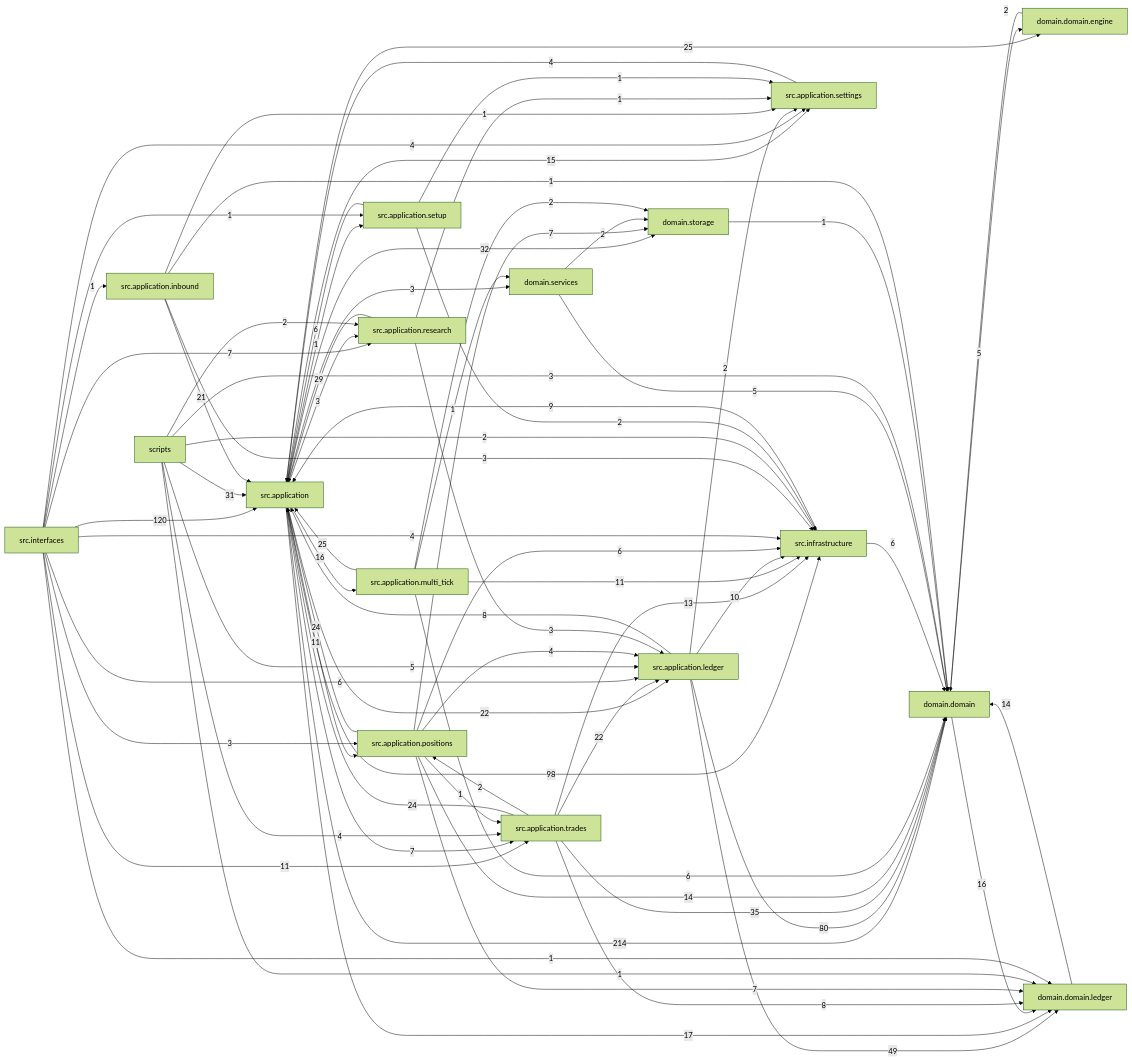
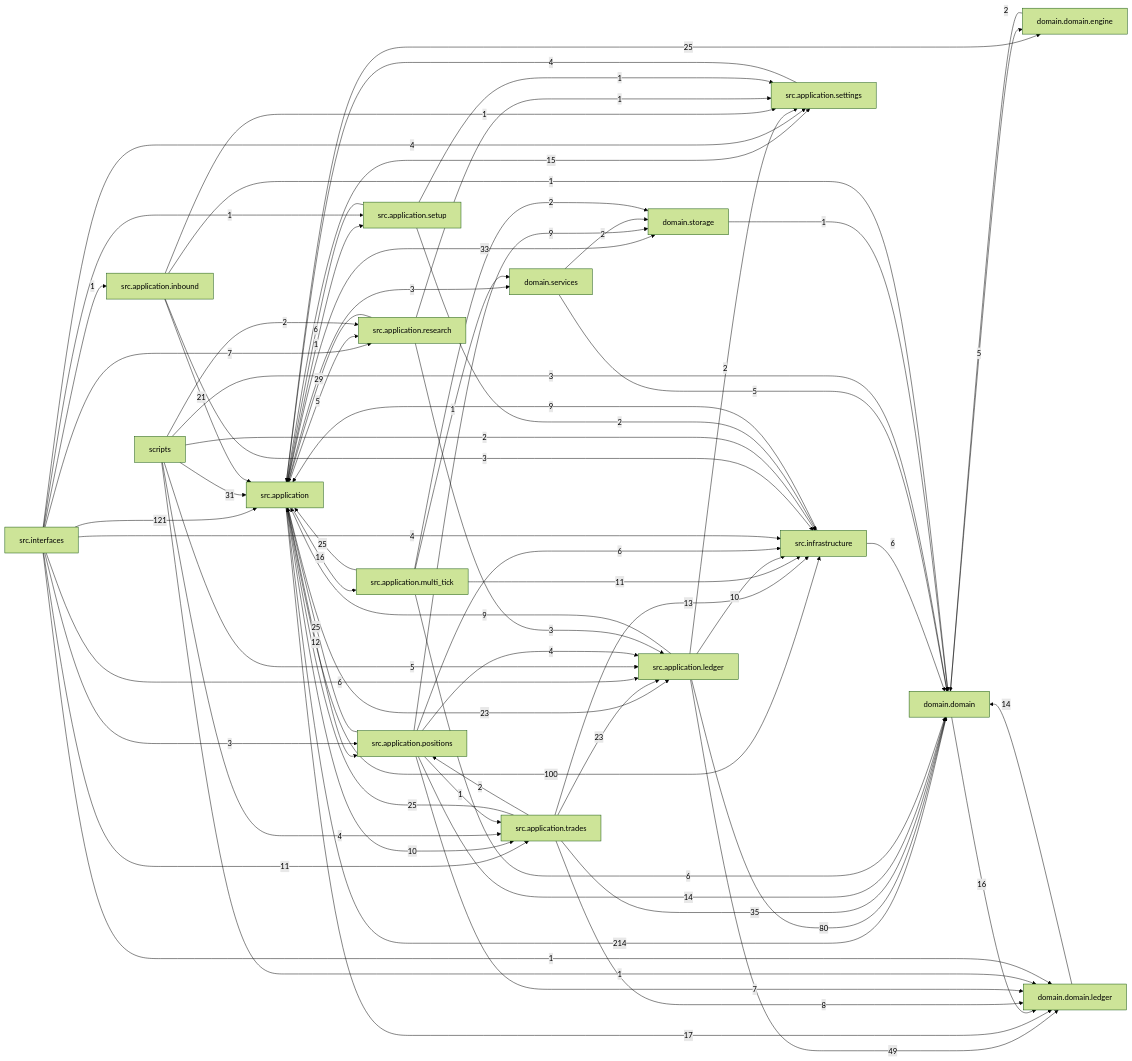
The diagram in docs/dependency_graph.mmd (liuxie066/options-monitor), drawn with Mermaid (forest theme) before and after one commit. The commit also changed 173 other files, not shown here.

```diff
--- a/docs/dependency_graph.mmd
+++ b/docs/dependency_graph.mmd
@@ -1,74 +1,74 @@
 flowchart LR
   src_application["src.application"] -->|214| domain_domain["domain.domain"]
-  src_interfaces["src.interfaces"] -->|120| src_application["src.application"]
-  src_application["src.application"] -->|98| src_infrastructure["src.infrastructure"]
+  src_interfaces["src.interfaces"] -->|121| src_application["src.application"]
+  src_application["src.application"] -->|100| src_infrastructure["src.infrastructure"]
   src_application_ledger["src.application.ledger"] -->|80| domain_domain["domain.domain"]
   src_application_ledger["src.application.ledger"] -->|49| domain_domain_ledger["domain.domain.ledger"]
   src_application_trades["src.application.trades"] -->|35| domain_domain["domain.domain"]
-  src_application["src.application"] -->|32| domain_storage["domain.storage"]
+  src_application["src.application"] -->|33| domain_storage["domain.storage"]
   scripts["scripts"] -->|31| src_application["src.application"]
   src_application_research["src.application.research"] -->|29| src_application["src.application"]
   src_application["src.application"] -->|25| domain_domain_engine["domain.domain.engine"]
   src_application_multi_tick["src.application.multi_tick"] -->|25| src_application["src.application"]
-  src_application_positions["src.application.positions"] -->|24| src_application["src.application"]
-  src_application_trades["src.application.trades"] -->|24| src_application["src.application"]
-  src_application["src.application"] -->|22| src_application_ledger["src.application.ledger"]
-  src_application_trades["src.application.trades"] -->|22| src_application_ledger["src.application.ledger"]
+  src_application_positions["src.application.positions"] -->|25| src_application["src.application"]
+  src_application_trades["src.application.trades"] -->|25| src_application["src.application"]
+  src_application["src.application"] -->|23| src_application_ledger["src.application.ledger"]
+  src_application_trades["src.application.trades"] -->|23| src_application_ledger["src.application.ledger"]
   src_application_inbound["src.application.inbound"] -->|21| src_application["src.application"]
   src_application["src.application"] -->|17| domain_domain_ledger["domain.domain.ledger"]
   domain_domain["domain.domain"] -->|16| domain_domain_ledger["domain.domain.ledger"]
   src_application["src.application"] -->|16| src_application_multi_tick["src.application.multi_tick"]
   src_application["src.application"] -->|15| src_application_settings["src.application.settings"]
   domain_domain_ledger["domain.domain.ledger"] -->|14| domain_domain["domain.domain"]
   src_application_positions["src.application.positions"] -->|14| domain_domain["domain.domain"]
   src_application_trades["src.application.trades"] -->|13| src_infrastructure["src.infrastructure"]
-  src_application["src.application"] -->|11| src_application_positions["src.application.positions"]
+  src_application["src.application"] -->|12| src_application_positions["src.application.positions"]
   src_application_multi_tick["src.application.multi_tick"] -->|11| src_infrastructure["src.infrastructure"]
   src_interfaces["src.interfaces"] -->|11| src_application_trades["src.application.trades"]
+  src_application["src.application"] -->|10| src_application_trades["src.application.trades"]
   src_application_ledger["src.application.ledger"] -->|10| src_infrastructure["src.infrastructure"]
+  src_application_ledger["src.application.ledger"] -->|9| src_application["src.application"]
+  src_application_positions["src.application.positions"] -->|9| domain_storage["domain.storage"]
   src_infrastructure["src.infrastructure"] -->|9| src_application["src.application"]
-  src_application_ledger["src.application.ledger"] -->|8| src_application["src.application"]
   src_application_trades["src.application.trades"] -->|8| domain_domain_ledger["domain.domain.ledger"]
-  src_application["src.application"] -->|7| src_application_trades["src.application.trades"]
   src_application_positions["src.application.positions"] -->|7| domain_domain_ledger["domain.domain.ledger"]
-  src_application_positions["src.application.positions"] -->|7| domain_storage["domain.storage"]
   src_interfaces["src.interfaces"] -->|7| src_application_research["src.application.research"]
   src_application_multi_tick["src.application.multi_tick"] -->|6| domain_domain["domain.domain"]
   src_application_positions["src.application.positions"] -->|6| src_infrastructure["src.infrastructure"]
   src_application_setup["src.application.setup"] -->|6| src_application["src.application"]
   src_infrastructure["src.infrastructure"] -->|6| domain_domain["domain.domain"]
   src_interfaces["src.interfaces"] -->|6| src_application_ledger["src.application.ledger"]
   domain_domain["domain.domain"] -->|5| domain_domain_engine["domain.domain.engine"]
   domain_services["domain.services"] -->|5| domain_domain["domain.domain"]
   scripts["scripts"] -->|5| src_application_ledger["src.application.ledger"]
+  src_application["src.application"] -->|5| src_application_research["src.application.research"]
   scripts["scripts"] -->|4| src_application_trades["src.application.trades"]
   src_application_positions["src.application.positions"] -->|4| src_application_ledger["src.application.ledger"]
   src_application_settings["src.application.settings"] -->|4| src_application["src.application"]
   src_interfaces["src.interfaces"] -->|4| src_application_settings["src.application.settings"]
   src_interfaces["src.interfaces"] -->|4| src_infrastructure["src.infrastructure"]
   scripts["scripts"] -->|3| domain_domain["domain.domain"]
   src_application["src.application"] -->|3| domain_services["domain.services"]
-  src_application["src.application"] -->|3| src_application_research["src.application.research"]
   src_application_inbound["src.application.inbound"] -->|3| src_infrastructure["src.infrastructure"]
   src_application_research["src.application.research"] -->|3| src_application_ledger["src.application.ledger"]
   src_interfaces["src.interfaces"] -->|3| src_application_positions["src.application.positions"]
   domain_domain_engine["domain.domain.engine"] -->|2| domain_domain["domain.domain"]
   domain_services["domain.services"] -->|2| domain_storage["domain.storage"]
   scripts["scripts"] -->|2| src_application_research["src.application.research"]
   scripts["scripts"] -->|2| src_infrastructure["src.infrastructure"]
   src_application_ledger["src.application.ledger"] -->|2| src_application_settings["src.application.settings"]
   src_application_multi_tick["src.application.multi_tick"] -->|2| domain_storage["domain.storage"]
   src_application_setup["src.application.setup"] -->|2| src_infrastructure["src.infrastructure"]
   src_application_trades["src.application.trades"] -->|2| src_application_positions["src.application.positions"]
   domain_storage["domain.storage"] -->|1| domain_domain["domain.domain"]
   scripts["scripts"] -->|1| domain_domain_ledger["domain.domain.ledger"]
   src_application["src.application"] -->|1| src_application_setup["src.application.setup"]
   src_application_inbound["src.application.inbound"] -->|1| domain_domain["domain.domain"]
   src_application_inbound["src.application.inbound"] -->|1| src_application_settings["src.application.settings"]
   src_application_multi_tick["src.application.multi_tick"] -->|1| domain_services["domain.services"]
   src_application_positions["src.application.positions"] -->|1| src_application_trades["src.application.trades"]
   src_application_research["src.application.research"] -->|1| src_application_settings["src.application.settings"]
   src_application_setup["src.application.setup"] -->|1| src_application_settings["src.application.settings"]
   src_interfaces["src.interfaces"] -->|1| domain_domain_ledger["domain.domain.ledger"]
   src_interfaces["src.interfaces"] -->|1| src_application_inbound["src.application.inbound"]
   src_interfaces["src.interfaces"] -->|1| src_application_setup["src.application.setup"]
```
